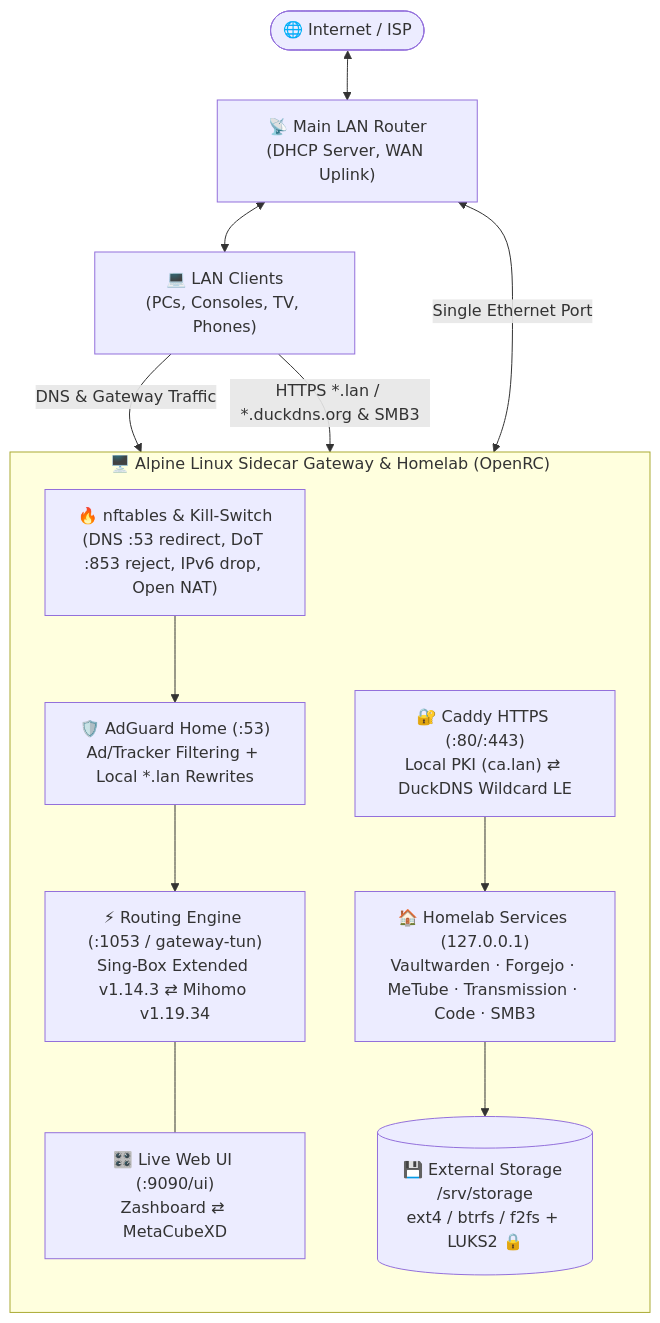
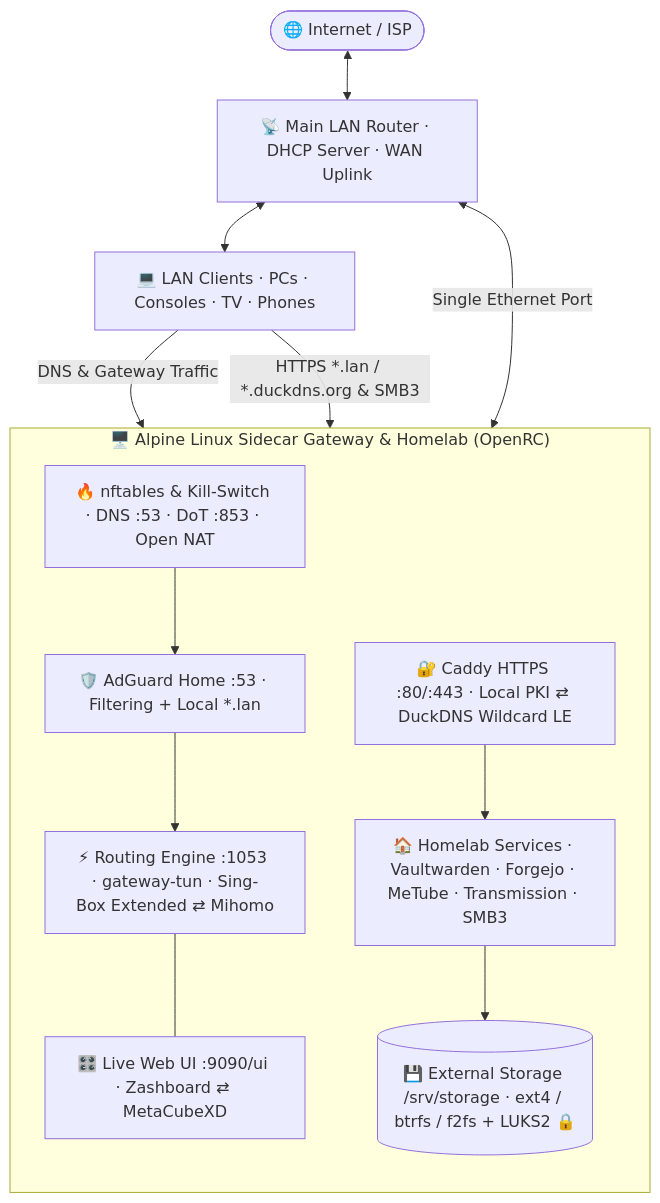
One commit to unknownpeace/lol changed the diagram in README.md. Above: the diagram before and after it, drawn with Mermaid. The commit also changed other lines of this file and 11 other files, not shown here.

Commit message:
docs: complete GitHub community standards, CHANGELOG, fix README links & Mermaid

````diff
--- a/README.md
+++ b/README.md
@@ -49,25 +49,25 @@
 ```mermaid
 flowchart TB
-    ISP(["🌐 Internet / ISP"]) <--> RTR["📡 Main LAN Router\n(DHCP Server, WAN Uplink)"]
+    ISP(["🌐 Internet / ISP"]) <--> RTR["📡 Main LAN Router · DHCP Server · WAN Uplink"]
     RTR <-->|"Single Ethernet Port"| GW
-    RTR <--> LAN["💻 LAN Clients\n(PCs, Consoles, TV, Phones)"]
+    RTR <--> LAN["💻 LAN Clients · PCs · Consoles · TV · Phones"]
 
     subgraph GW ["🖥️ Alpine Linux Sidecar Gateway & Homelab (OpenRC)"]
         direction TB
-        NFT["🔥 nftables & Kill-Switch\n(DNS :53 redirect, DoT :853 reject, IPv6 drop, Open NAT)"]
-        AGH["🛡️ AdGuard Home (:53)\nAd/Tracker Filtering + Local *.lan Rewrites"]
-        CORE["⚡ Routing Engine (:1053 / gateway-tun)\nSing-Box Extended v1.14.3 ⇄ Mihomo v1.19.34"]
-        UI["🎛️ Live Web UI (:9090/ui)\nZashboard ⇄ MetaCubeXD"]
-        CADDY["🔐 Caddy HTTPS (:80/:443)\nLocal PKI (ca.lan) ⇄ DuckDNS Wildcard LE"]
-        HL["🏠 Homelab Services (127.0.0.1)\nVaultwarden · Forgejo · MeTube · Transmission · Code · SMB3"]
-        LUKS[("💾 External Storage /srv/storage\next4 / btrfs / f2fs + LUKS2 🔒")]
+        NFT["🔥 nftables & Kill-Switch · DNS :53 · DoT :853 · Open NAT"]
+        AGH["🛡️ AdGuard Home :53 · Filtering + Local *.lan"]
+        CORE["⚡ Routing Engine :1053 · gateway-tun · Sing-Box Extended ⇄ Mihomo"]
+        UI["🎛️ Live Web UI :9090/ui · Zashboard ⇄ MetaCubeXD"]
+        CADDY["🔐 Caddy HTTPS :80/:443 · Local PKI ⇄ DuckDNS Wildcard LE"]
+        HL["🏠 Homelab Services · Vaultwarden · Forgejo · MeTube · Transmission · SMB3"]
+        LUKS[("💾 External Storage /srv/storage · ext4 / btrfs / f2fs + LUKS2 🔒")]
 
         NFT --> AGH --> CORE
         CORE --- UI
         CADDY --> HL
         HL --> LUKS
     end
 
     LAN -->|"DNS & Gateway Traffic"| NFT
     LAN -->|"HTTPS *.lan / *.duckdns.org & SMB3"| CADDY
 ```
````
